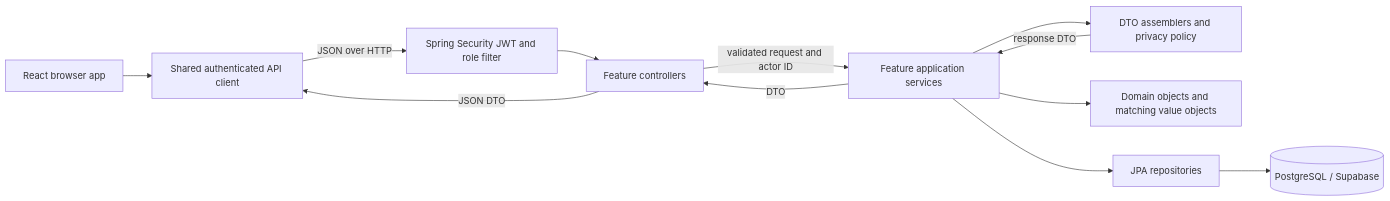
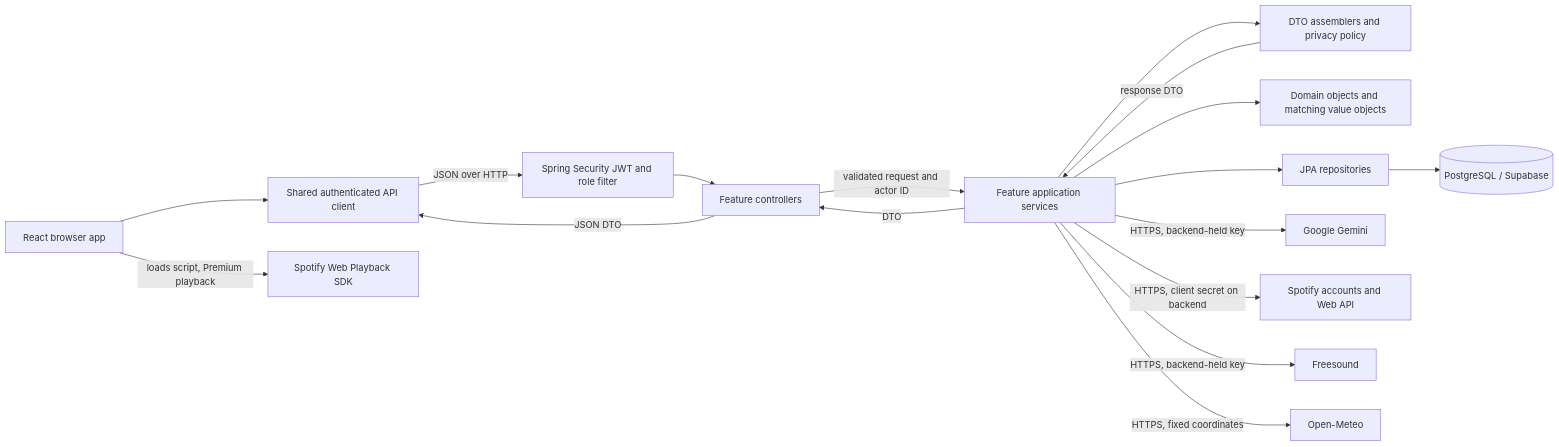
The second of 7 diagrams in docs/diagrams/PLATFORM.md (aryan12singh/study-buddy-matcher), drawn with Mermaid before and after one commit. The commit also changed other lines of this file and 36 other files, not shown here.

````diff
--- a/docs/diagrams/PLATFORM.md
+++ b/docs/diagrams/PLATFORM.md
@@ -74,23 +71,33 @@
 ```mermaid
 flowchart LR
     Browser[React browser app]
     Client[Shared authenticated API client]
     Security[Spring Security JWT and role filter]
     Controllers[Feature controllers]
     Services[Feature application services]
     Assemblers[DTO assemblers and privacy policy]
     Domain[Domain objects and matching value objects]
     Repositories[JPA repositories]
     Database[(PostgreSQL / Supabase)]
+    Gemini[Google Gemini]
+    SpotifyApi[Spotify accounts and Web API]
+    Freesound[Freesound]
+    OpenMeteo[Open-Meteo]
+    SpotifySdk[Spotify Web Playback SDK]
     Browser --> Client
     Client -->|JSON over HTTP| Security
     Security --> Controllers
     Controllers -->|validated request and actor ID| Services
     Services --> Domain
     Services --> Repositories
     Services --> Assemblers
     Repositories --> Database
     Assemblers -->|response DTO| Services
     Services -->|DTO| Controllers
     Controllers -->|JSON DTO| Client
+    Services -->|HTTPS, backend-held key| Gemini
+    Services -->|HTTPS, client secret on backend| SpotifyApi
+    Services -->|HTTPS, backend-held key| Freesound
+    Services -->|HTTPS, fixed coordinates| OpenMeteo
+    Browser -->|loads script, Premium playback| SpotifySdk
 ```
````
